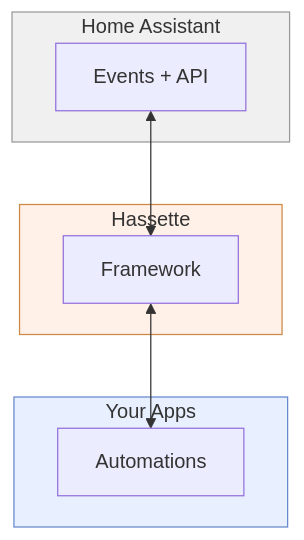
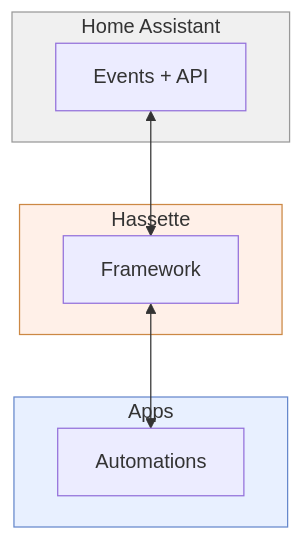
Before and after one commit to NodeJSmith/hassette: the second of 3 diagrams in docs/pages/core-concepts/index.md, drawn with Mermaid. The commit also changed other lines of this file and 4 other files, not shown here.

First line of the commit message:
docs: rewrite Architecture, Internals, Database-Telemetry (T07 complete)

````diff
--- a/docs/pages/core-concepts/index.md
+++ b/docs/pages/core-concepts/index.md
@@ -45,21 +46,21 @@
 ```mermaid
 flowchart TD
     subgraph ha["Home Assistant"]
         HA["Events + API"]
     end
 
     subgraph hassette["Hassette"]
         H["Framework"]
     end
 
-    subgraph apps["Your Apps"]
+    subgraph apps["Apps"]
         APPS["Automations"]
     end
 
     HA <--> H
     H <--> APPS
 
     style ha fill:#f0f0f0,stroke:#999
     style hassette fill:#fff0e8,stroke:#cc8844
     style apps fill:#e8f0ff,stroke:#6688cc
 ```
````
